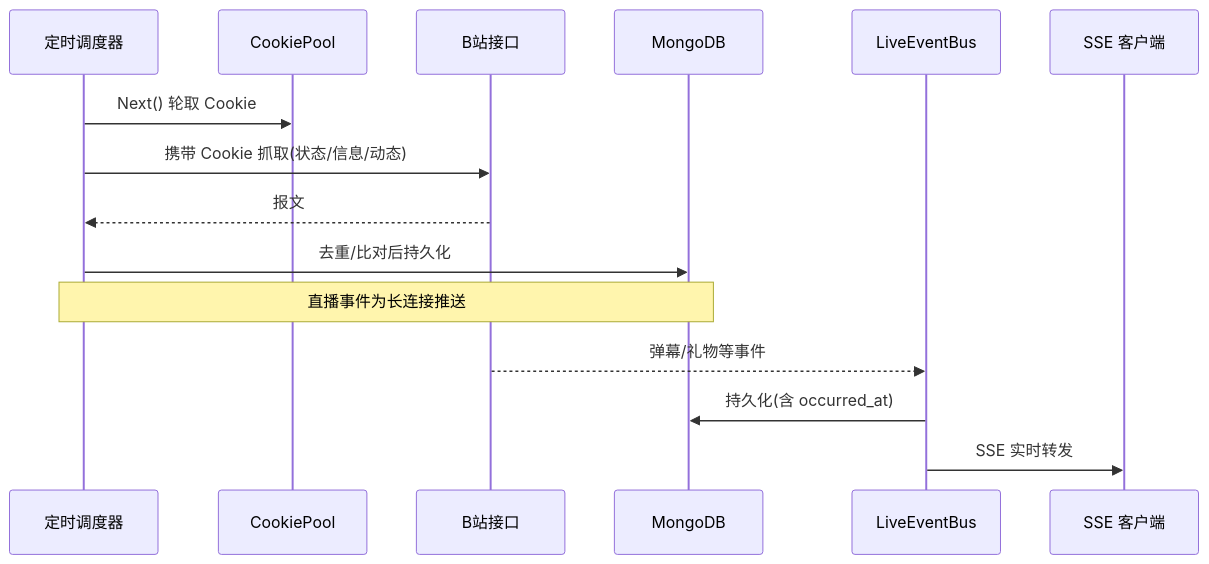
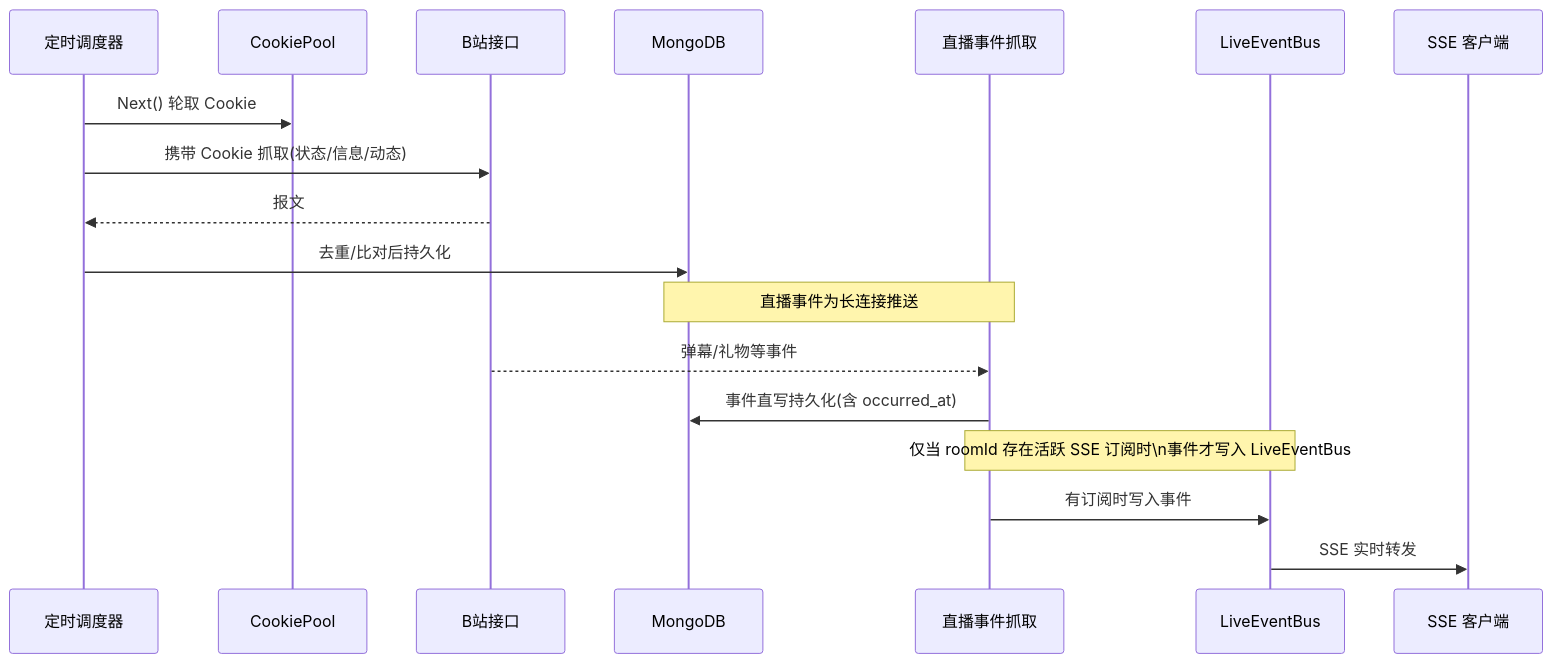
The third of 4 diagrams in docs/engineering/proposals/20260813-proposal-bilibili-live-crawler.md (Deliay/z-vtuber), drawn with Mermaid before and after one commit. The commit also changed other lines of this file, not shown here.

Commit message:
docs: revise proposal - Mikibot.Crawler via NuGet, gate LiveEventBus writes on SSE subscribers

````diff
--- a/docs/engineering/proposals/20260813-proposal-bilibili-live-crawler.md
+++ b/docs/engineering/proposals/20260813-proposal-bilibili-live-crawler.md
@@ -295,18 +295,21 @@
 ```mermaid
 sequenceDiagram
     participant T as 定时调度器
     participant CP as CookiePool
     participant B as B站接口
     participant DB as MongoDB
+    participant EV as 直播事件抓取
     participant BUS as LiveEventBus
     participant C as SSE 客户端
 
     T->>CP: Next() 轮取 Cookie
     T->>B: 携带 Cookie 抓取(状态/信息/动态)
     B-->>T: 报文
     T->>DB: 去重/比对后持久化
-    Note over T,DB: 直播事件为长连接推送
-    B-->>BUS: 弹幕/礼物等事件
-    BUS->>DB: 持久化(含 occurred_at)
+    Note over EV,DB: 直播事件为长连接推送
+    B-->>EV: 弹幕/礼物等事件
+    EV->>DB: 事件直写持久化(含 occurred_at)
+    Note over EV,BUS: 仅当 roomId 存在活跃 SSE 订阅时\n事件才写入 LiveEventBus
+    EV->>BUS: 有订阅时写入事件
     BUS->>C: SSE 实时转发
 ```
````
